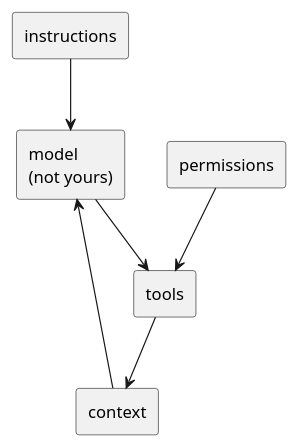
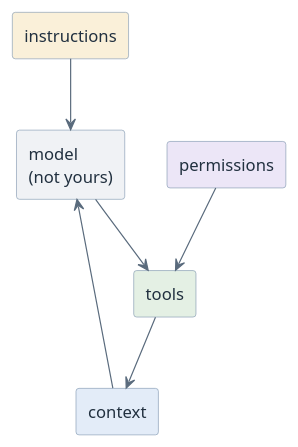
The diagram in modules/ai-harness-engineering/questions.adoc (htl-leonding-college/curriculum-syp3), drawn with PlantUML before and after one commit. The commit also changed 65 other files, not shown here.

First line of the commit message:
feat(site): give the diagrams a semantic pastel palette

```diff
--- a/modules/ai-harness-engineering/questions.adoc
+++ b/modules/ai-harness-engineering/questions.adoc
@@ -23,17 +23,20 @@
 [plantuml,q-harness-parts,svg]
 ----
 @startuml
-skinparam monochrome true
+<style>
+element { BackgroundColor #EDF3FA; LineColor #7C93AD; FontColor #21303F }
+arrow { LineColor #5A6B7D; FontColor #21303F }
+</style>
 skinparam shadowing false
-rectangle "instructions" as I
-rectangle "context" as C
-rectangle "tools" as T
-rectangle "permissions" as P
-rectangle "model\n(not yours)" as M
+rectangle "instructions" as I #FAF0D9
+rectangle "context" as C #E3ECF8
+rectangle "tools" as T #E4F0E4
+rectangle "permissions" as P #ECE6F7
+rectangle "model\n(not yours)" as M #F0F2F5
 I --> M
 C --> M
 M --> T
 P --> T
 T --> C
 @enduml
 ----
```
